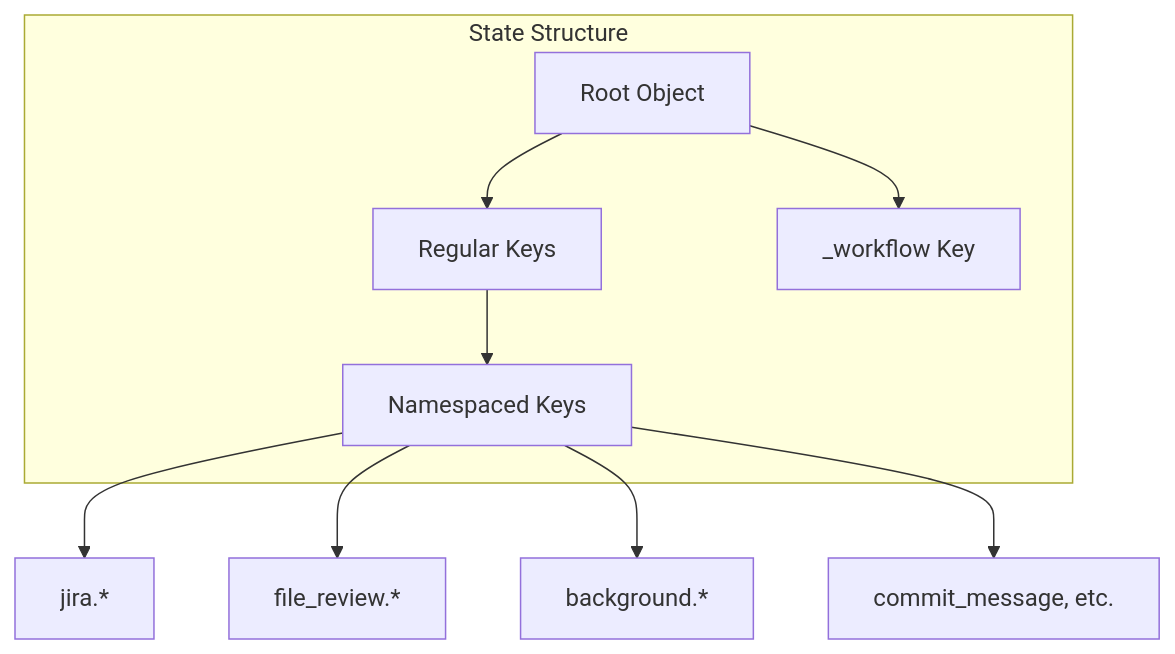
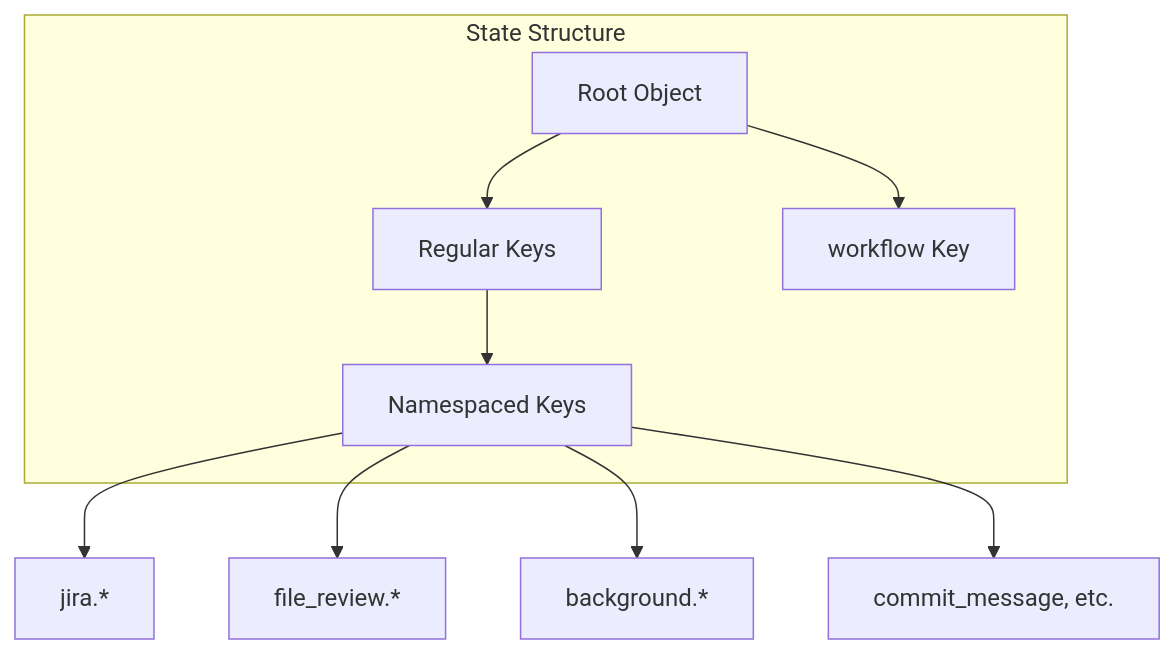
The first of 10 diagrams in docs/08-cross-cutting-concepts.md (ayaiayorg/agentic-devtools), drawn with Mermaid before and after one commit. The commit also changed other lines of this file and 6 other files, not shown here.

First line of the commit message:
docs: fix workflow state key, JIRA_AUTH_SCHEME, prompt locations, and mermaid syntax

````diff
--- a/docs/08-cross-cutting-concepts.md
+++ b/docs/08-cross-cutting-concepts.md
@@ -9,18 +9,18 @@
 ```mermaid
 graph TB
     subgraph "State Structure"
         Root[Root Object]
         Regular[Regular Keys]
-        Workflow[_workflow Key]
+        Workflow[workflow Key]
         Namespaced[Namespaced Keys]
     end
     
     Root --> Regular
     Root --> Workflow
     Regular --> Namespaced
     
     Namespaced --> Jira[jira.*]
     Namespaced --> FileReview[file_review.*]
     Namespaced --> Background[background.*]
     Namespaced --> Git[commit_message, etc.]
 ```
````
